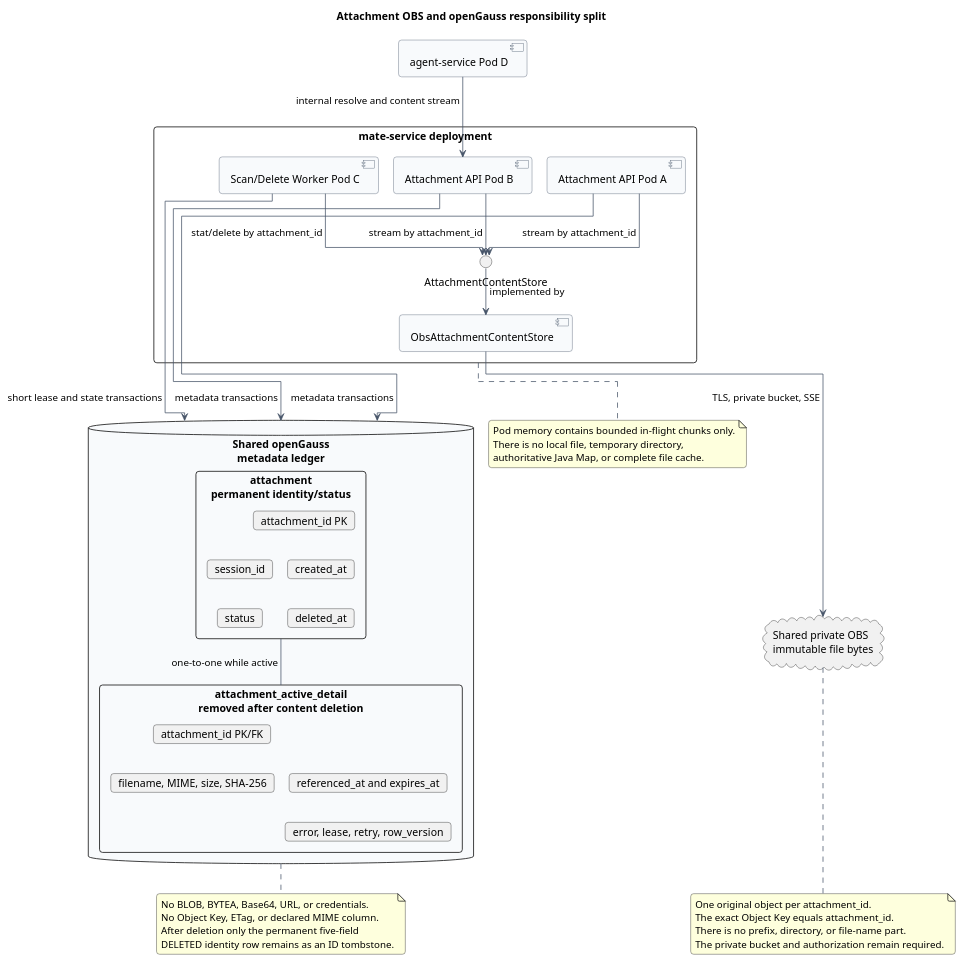
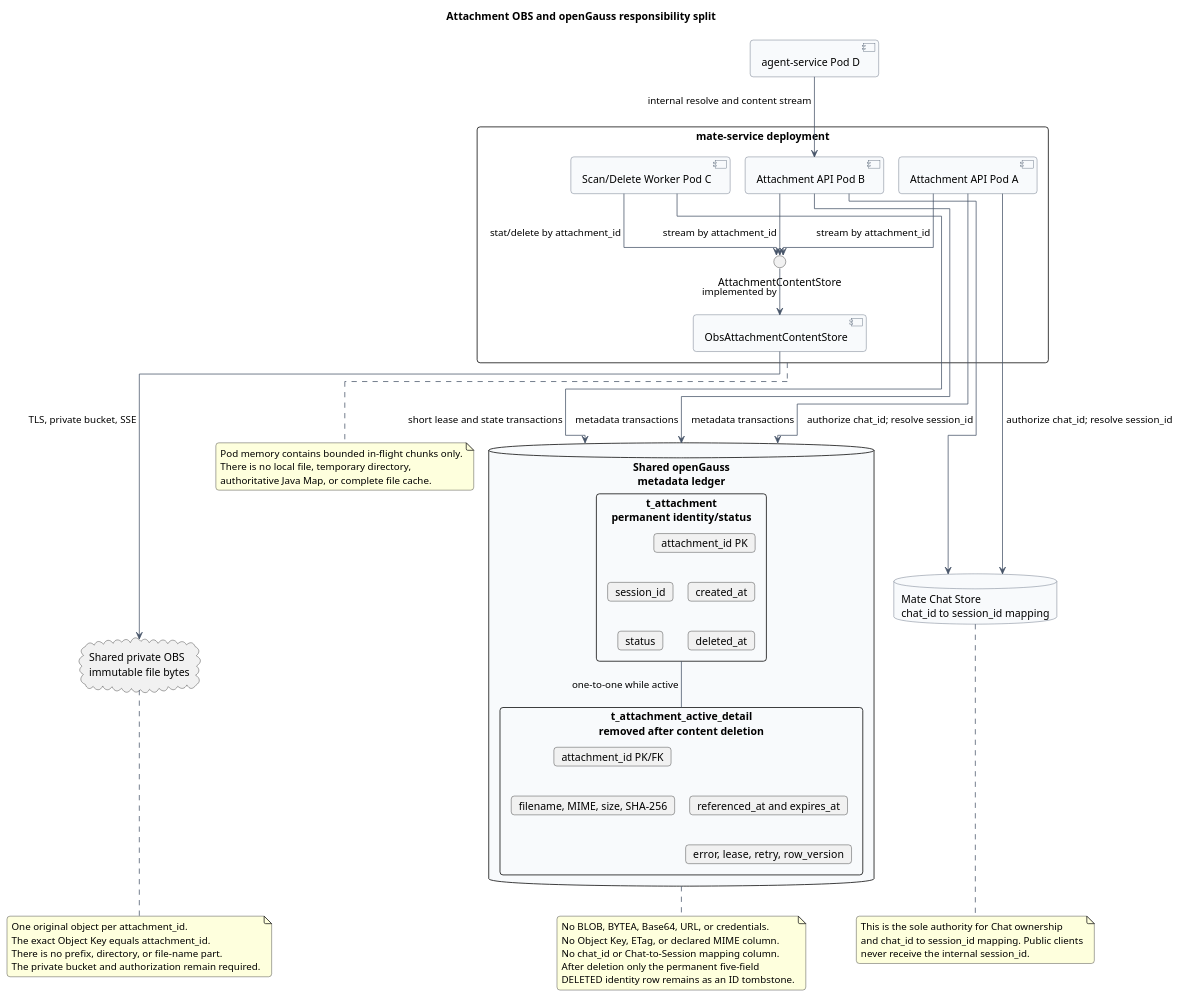
One commit to superheromeZzh/pi-mono-java-design changed the second of 4 diagrams in campusmate-attachment-service/diagram.puml. Above: the diagram before and after it, drawn with PlantUML. The commit also changed other lines of this file and 35 other files, not shown here.

Commit message:
docs(agent): define public chat gateway boundary

```diff
--- a/campusmate-attachment-service/diagram.puml
+++ b/campusmate-attachment-service/diagram.puml
@@ -108,89 +114,102 @@
 @startuml attachment_obs_opengauss_storage_split
 !pragma layout elk
 title Attachment OBS and openGauss responsibility split
 left to right direction
 
 ' Source evidence (pi-mono fc85bdd88be93b1e9a6b6bcfa41c684282ec79cc):
 ' packages/ai/src/types.ts, ImageContent, lines 345-349
 ' Source evidence (pi-mono-java 1f7a5423219edfa4519d8719f1cc8a188ed72873):
 ' modules/ai/src/main/java/com/campusclaw/ai/types/ImageContent.java, lines 9-18
 ' External evidence: openGauss 7.0.0-RC3 SQL Reference, Binary Types.
 ' Observed behavior: source images are inline base64; neither baseline defines
 ' a shared large-object authority for generic PDF, script, or document inputs.
 ' Target design: shared OBS owns immutable bytes and shared openGauss owns the
 ' resource directory, state machine, authorization binding, and worker leases.
+' Target design: Mate Chat Store alone owns chat_id to session_id mappings;
+' attachment tables store only the resolved Runtime session_id.
 ' Architecture change: multiple Pods depend only on shared durable services,
 ' never on process memory, local disk, sticky routing, or a stored key mapping.
 ' Target design: the exact private OBS Object Key is attachment_id; there is no
 ' object_key column, prefix, directory, file-name component, or ETag column.
 ' Design reason: isolate large-object throughput from relational state queries,
 ' WAL, database replication, and database backup and restore operations.
 
 skinparam backgroundColor #FFFFFF
 skinparam shadowing false
 skinparam roundcorner 8
 skinparam ArrowColor #475569
 skinparam ComponentBorderColor #475569
 skinparam ComponentBackgroundColor #F8FAFC
 skinparam DatabaseBorderColor #475569
 skinparam DatabaseBackgroundColor #F8FAFC
 
 rectangle "mate-service deployment" as Mate {
   component "Attachment API Pod A" as PodA
   component "Attachment API Pod B" as PodB
   component "Scan/Delete Worker Pod C" as PodC
   interface "AttachmentContentStore" as Port
   component "ObsAttachmentContentStore" as Adapter
 
   PodA --> Port : stream by attachment_id
   PodB --> Port : stream by attachment_id
   PodC --> Port : stat/delete by attachment_id
   Port -down-> Adapter : implemented by
 }
 
+database "Mate Chat Store\nchat_id to session_id mapping" as ChatStore
+
 database "Shared openGauss\nmetadata ledger" as DB {
-  rectangle "attachment\npermanent identity/status" as Row {
+  rectangle "t_attachment\npermanent identity/status" as Row {
     card "attachment_id PK" as AId
     card "session_id" as SId
     card "status" as Status
     card "created_at" as Created
     card "deleted_at" as Deleted
   }
-  rectangle "attachment_active_detail\nremoved after content deletion" as Detail {
+  rectangle "t_attachment_active_detail\nremoved after content deletion" as Detail {
     card "attachment_id PK/FK" as DetailId
     card "filename, MIME, size, SHA-256" as Integrity
     card "referenced_at and expires_at" as Reference
     card "error, lease, retry, row_version" as Lease
   }
   Row -- Detail : one-to-one while active
 }
 
 cloud "Shared private OBS\nimmutable file bytes" as OBS
 component "agent-service Pod D" as Agent
 
 PodA --> DB : metadata transactions
 PodB --> DB : metadata transactions
 PodC --> DB : short lease and state transactions
+PodA --> ChatStore : authorize chat_id; resolve session_id
+PodB --> ChatStore : authorize chat_id; resolve session_id
 Adapter --> OBS : TLS, private bucket, SSE
 Agent --> PodB : internal resolve and content stream
 
 note bottom of DB
 No BLOB, BYTEA, Base64, URL, or credentials.
 No Object Key, ETag, or declared MIME column.
+No chat_id or Chat-to-Session mapping column.
 After deletion only the permanent five-field
 DELETED identity row remains as an ID tombstone.
+end note
+
+note bottom of ChatStore
+This is the sole authority for Chat ownership
+and chat_id to session_id mapping. Public clients
+never receive the internal session_id.
 end note
 
 note bottom of OBS
 One original object per attachment_id.
 The exact Object Key equals attachment_id.
 There is no prefix, directory, or file-name part.
 The private bucket and authorization remain required.
 end note
 
 note bottom of Mate
 Pod memory contains bounded in-flight chunks only.
 There is no local file, temporary directory,
 authoritative Java Map, or complete file cache.
 end note
 @enduml
```
